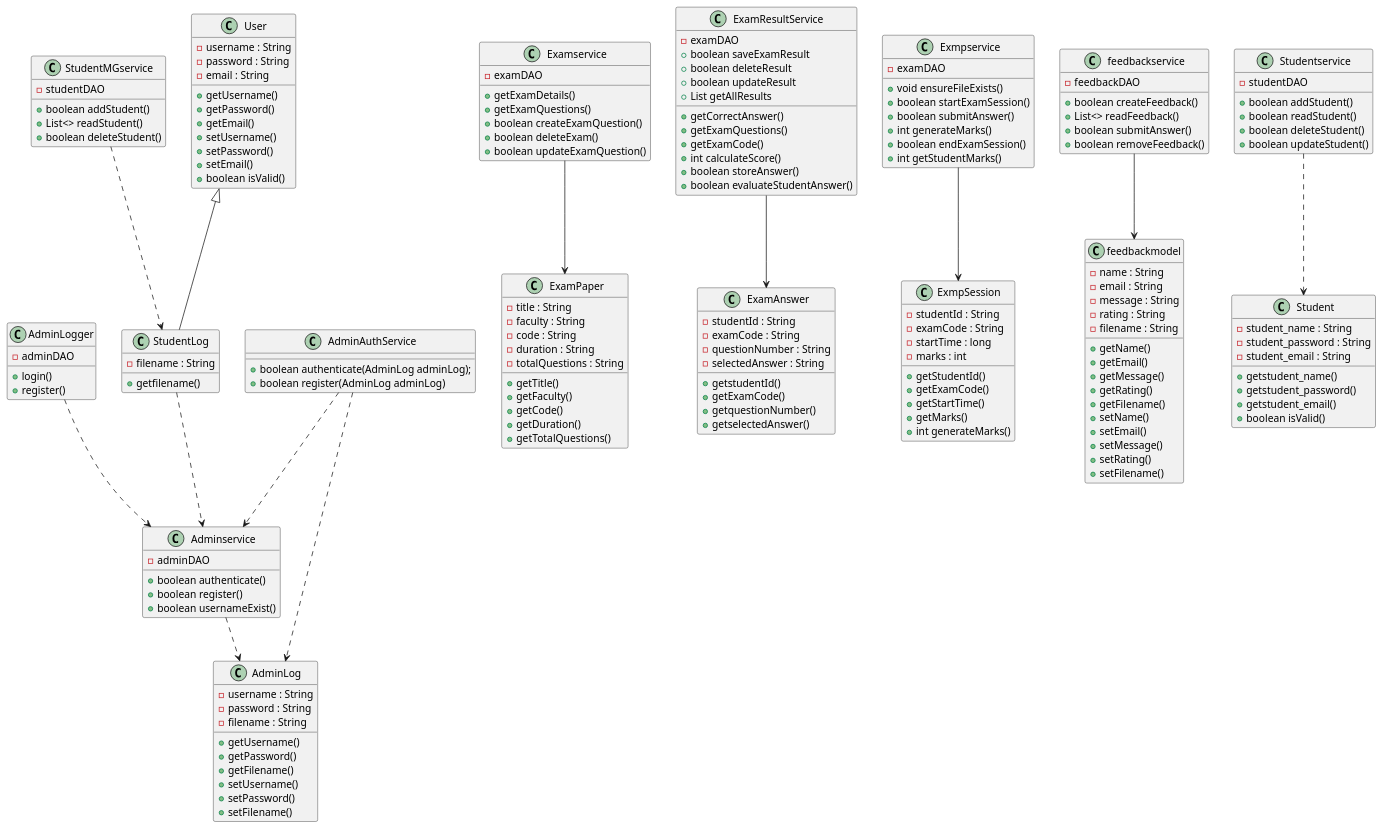
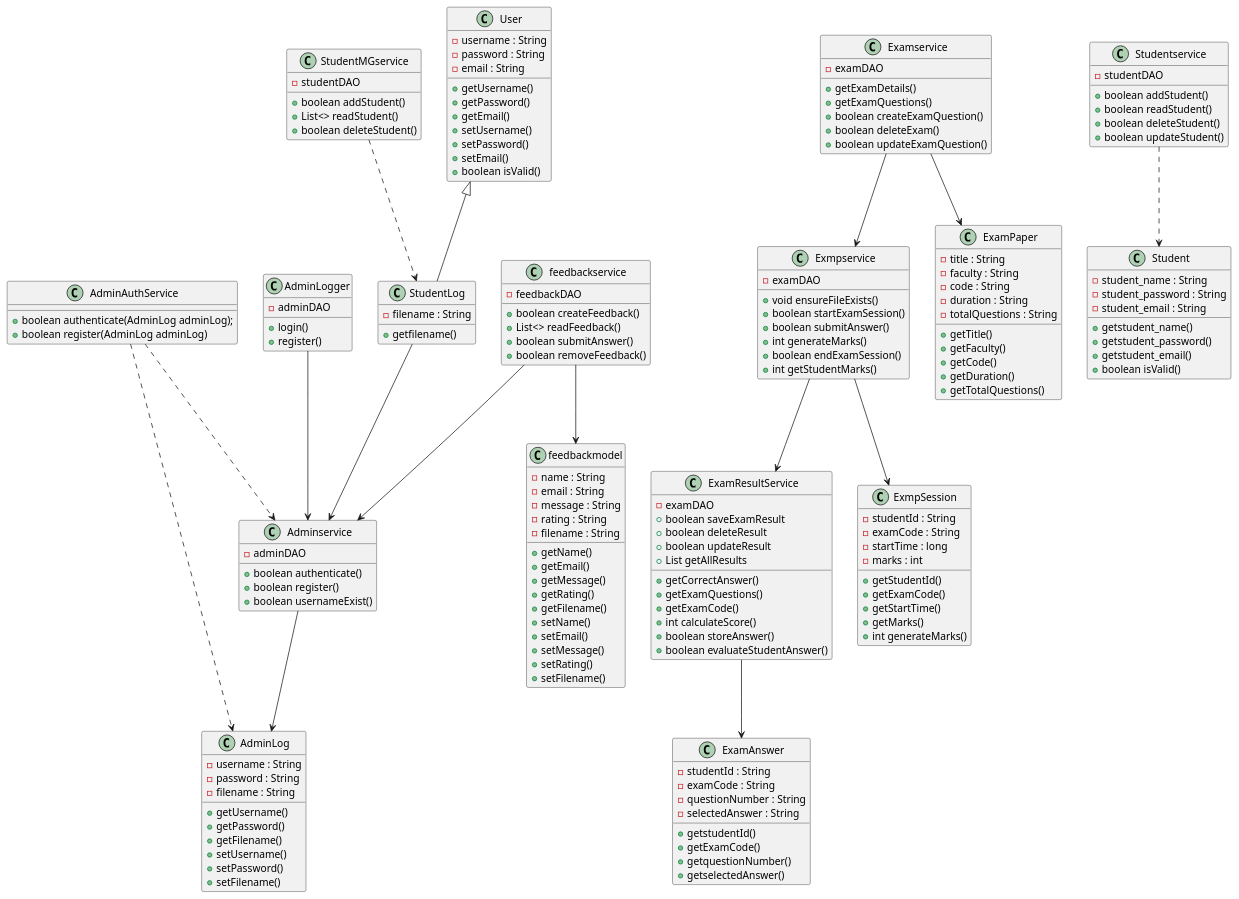
The diagram in src/main/java/com/jsp/exam/Class Diagram2.puml (Pasindu-Vihanga/online-examination-result-management), drawn with PlantUML before and after one commit. The commit also changed 2 other files, not shown here.

```diff
--- a/src/main/java/com/jsp/exam/Class Diagram2.puml
+++ b/src/main/java/com/jsp/exam/Class Diagram2.puml
@@ -1,191 +1,194 @@
 @startuml
 ' Service Classes
 class AdminLogger {
   - adminDAO
   + login()
   + register()
 }
 class AdminAuthService{
    + boolean authenticate(AdminLog adminLog);
    + boolean register(AdminLog adminLog)
 }
 class Adminservice {
   - adminDAO
   + boolean authenticate()
   + boolean register()
   + boolean usernameExist()
 }
 
 class Examservice {
   - examDAO
   + getExamDetails()
   + getExamQuestions()
   + boolean createExamQuestion()
   + boolean deleteExam()
   + boolean updateExamQuestion()
 }
 
 class ExamResultService {
   - examDAO
   + getCorrectAnswer()
   + getExamQuestions()
   + getExamCode()
   + int calculateScore()
   + boolean storeAnswer()
   + boolean evaluateStudentAnswer()
   + boolean saveExamResult
   + boolean deleteResult
   + boolean updateResult
   + List getAllResults
 }
 
 class Exmpservice {
   - examDAO
   + void ensureFileExists()
   + boolean startExamSession()
   + boolean submitAnswer()
   + int generateMarks()
   + boolean endExamSession()
   + int getStudentMarks()
 }
 
 class feedbackservice {
   - feedbackDAO
   + boolean createFeedback()
   + List<> readFeedback()
   + boolean submitAnswer()
   + boolean removeFeedback()
 }
 
 class StudentMGservice {
   - studentDAO
   + boolean addStudent()
   + List<> readStudent()
   + boolean deleteStudent()
 }
 
 class Studentservice {
   - studentDAO
   + boolean addStudent()
   + boolean readStudent()
   + boolean deleteStudent()
   + boolean updateStudent()
 }
 
 ' Model Classes
 class AdminLog {
   - username : String
   - password : String
   - filename : String
   + getUsername()
   + getPassword()
   + getFilename()
   + setUsername()
   + setPassword()
   + setFilename()
 }
 
 class ExamAnswer {
   - studentId : String
   - examCode : String
   - questionNumber : String
   - selectedAnswer : String
   + getstudentId()
   + getExamCode()
   + getquestionNumber()
   + getselectedAnswer()
 }
 
 class StudentLog {
   - filename : String
   + getfilename()
 }
 
 class ExamPaper {
   - title : String
   - faculty : String
   - code : String
   - duration : String
   - totalQuestions : String
   + getTitle()
   + getFaculty()
   + getCode()
   + getDuration()
   + getTotalQuestions()
 }
 
 class ExmpSession {
   - studentId : String
   - examCode : String
   - startTime : long
   - marks : int
   + getStudentId()
   + getExamCode()
   + getStartTime()
   + getMarks()
   + int generateMarks()
 }
 
 class feedbackmodel {
   - name : String
   - email : String
   - message : String
   - rating : String
   - filename : String
   + getName()
   + getEmail()
   + getMessage()
   + getRating()
   + getFilename()
   + setName()
   + setEmail()
   + setMessage()
   + setRating()
   + setFilename()
 }
 
 class Student {
   - student_name : String
   - student_password : String
   - student_email : String
   + getstudent_name()
   + getstudent_password()
   + getstudent_email()
   + boolean isValid()
 }
 
 class User {
   - username : String
   - password : String
   - email : String
   + getUsername()
   + getPassword()
   + getEmail()
   + setUsername()
   + setPassword()
   + setEmail()
   + boolean isValid()
 }
 
 ' Inheritance
 User <|-- StudentLog
 
 ' Dependency relationships (dashed arrows)
-Adminservice ..> AdminLog
-AdminLogger ..> Adminservice
-StudentLog ..> Adminservice
+Adminservice --> AdminLog
+AdminLogger --> Adminservice
+StudentLog --> Adminservice
 AdminAuthService ..> Adminservice
 AdminAuthService ..> AdminLog
 
+Examservice --> Exmpservice
+Exmpservice --> ExamResultService
 
+feedbackservice --> Adminservice
 Studentservice ..> Student
 StudentMGservice ..> StudentLog
 
 Examservice --> ExamPaper
 
 Exmpservice --> ExmpSession
 
 ExamResultService --> ExamAnswer
 
 feedbackservice --> feedbackmodel
 @enduml
```
